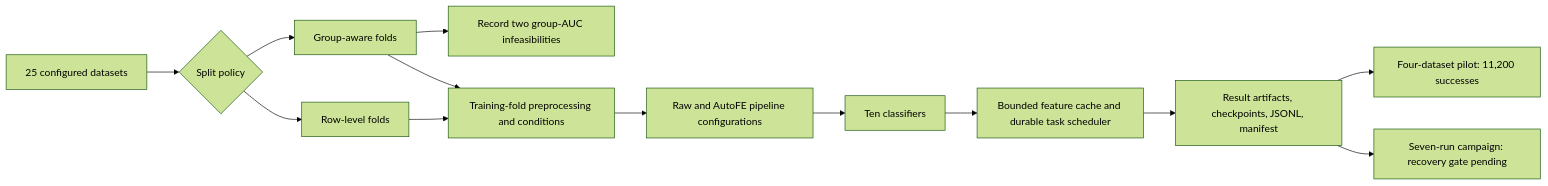
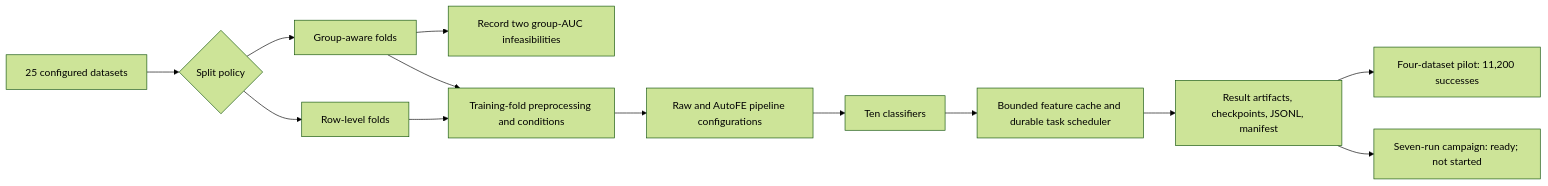
One commit to mdshoaibuddinchanda/AutoFE-ShiftBench changed the diagram in README.md. Above: the diagram before and after it, drawn with Mermaid (forest theme). The commit also changed other lines of this file and 8 other files, not shown here.

Commit message:
Record passing Reviewer 1 launch gate and safe run commands

````diff
--- a/README.md
+++ b/README.md
@@ -19,15 +19,15 @@
 ```mermaid
 flowchart LR
     A[25 configured datasets] --> B{Split policy}
     B --> R[Row-level folds]
     B --> G[Group-aware folds]
     G --> S[Record two group-AUC infeasibilities]
     R --> T[Training-fold preprocessing and conditions]
     G --> T
     T --> F[Raw and AutoFE pipeline configurations]
     F --> M[Ten classifiers]
     M --> C[Bounded feature cache and durable task scheduler]
     C --> L[Result artifacts, checkpoints, JSONL, manifest]
     L --> P[Four-dataset pilot: 11,200 successes]
-    L --> H[Seven-run campaign: recovery gate pending]
+    L --> H[Seven-run campaign: ready; not started]
 ```
````
